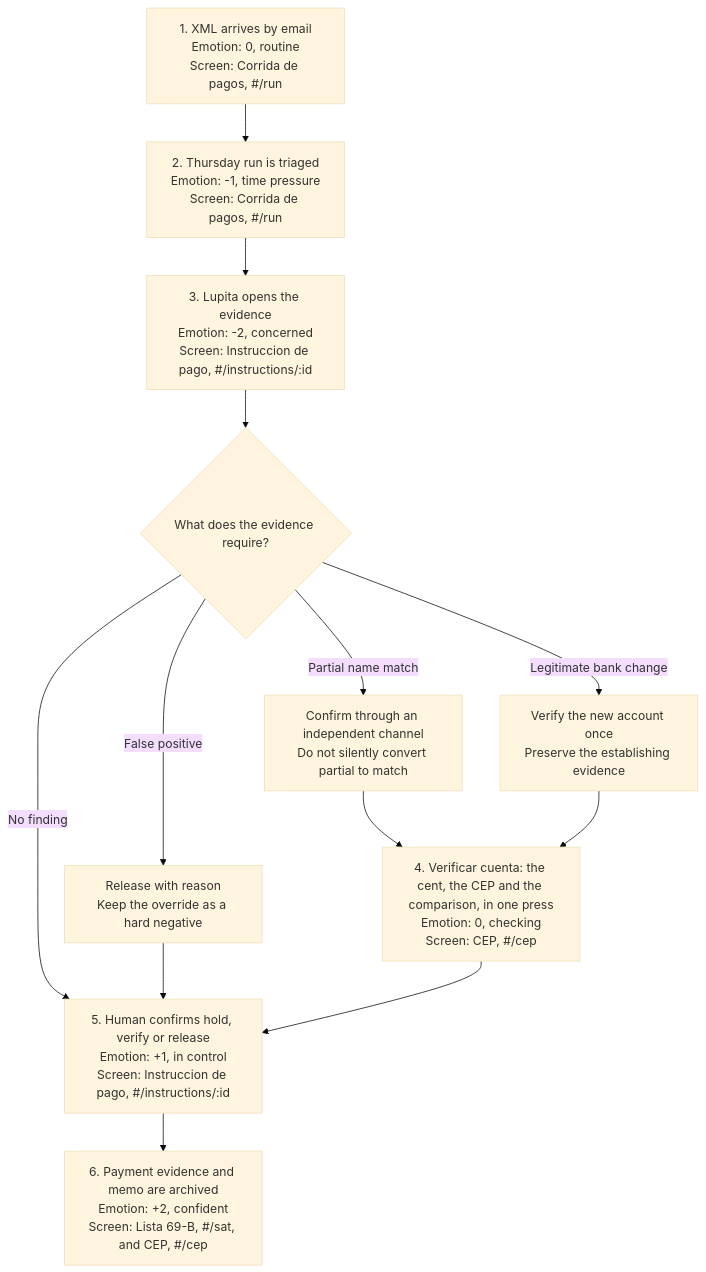
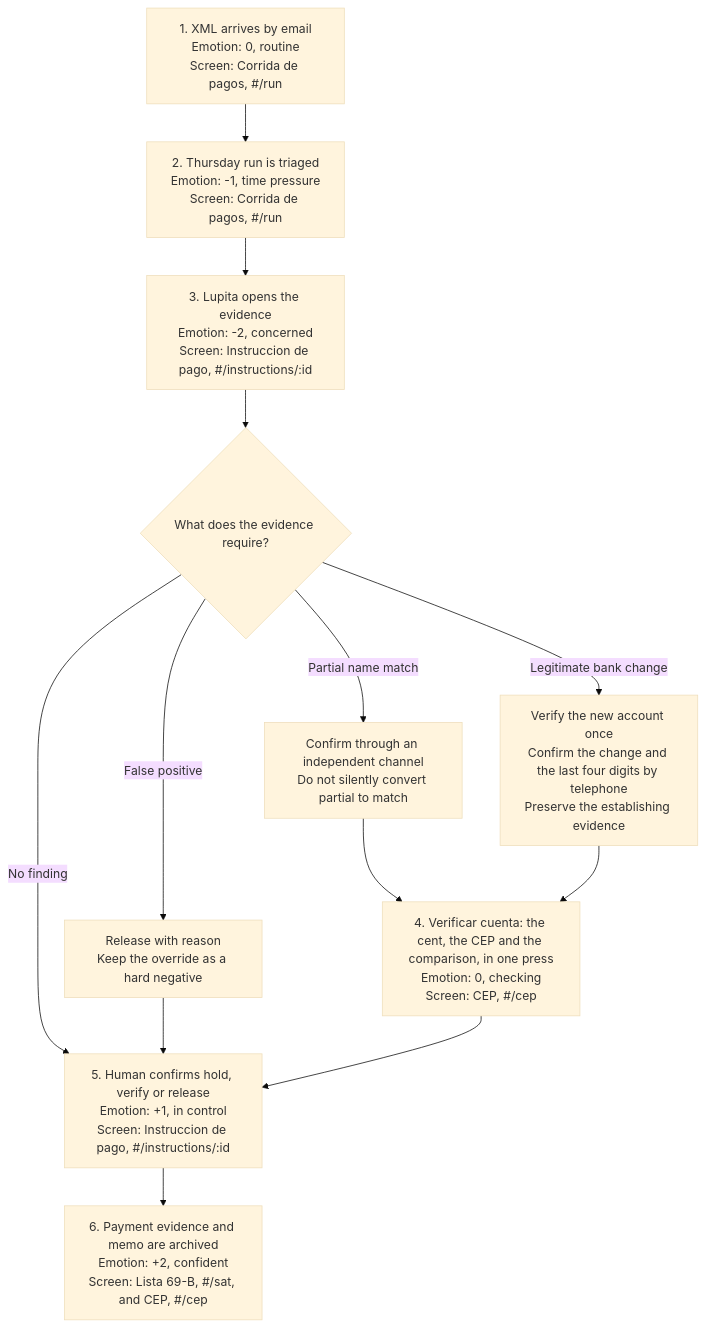
The diagram in docs/03-user-journey.md (garzario/CapitalOneHackMTY), drawn with Mermaid (base theme) before and after one commit. The commit also changed other lines of this file and 17 other files, not shown here.

First line of the commit message:
feat(voice): the call confirms the account change and the last four digits (#206) (#242)

````diff
--- a/docs/03-user-journey.md
+++ b/docs/03-user-journey.md
@@ -12,17 +12,17 @@
 ```mermaid
 flowchart TD
   A["1. XML arrives by email<br/>Emotion: 0, routine<br/>Screen: Corrida de pagos, #/run"]
   B["2. Thursday run is triaged<br/>Emotion: -1, time pressure<br/>Screen: Corrida de pagos, #/run"]
   C["3. Lupita opens the evidence<br/>Emotion: -2, concerned<br/>Screen: Instruccion de pago, #/instructions/:id"]
   D{"What does the evidence require?"}
   E["4. Verificar cuenta: the cent, the CEP and the comparison, in one press<br/>Emotion: 0, checking<br/>Screen: CEP, #/cep"]
   F["5. Human confirms hold, verify or release<br/>Emotion: +1, in control<br/>Screen: Instruccion de pago, #/instructions/:id"]
   G["6. Payment evidence and memo are archived<br/>Emotion: +2, confident<br/>Screen: Lista 69-B, #/sat, and CEP, #/cep"]
 
   A --> B --> C --> D
   D -->|"No finding"| F
   D -->|"False positive"| FP["Release with reason<br/>Keep the override as a hard negative"] --> F
   D -->|"Partial name match"| PM["Confirm through an independent channel<br/>Do not silently convert partial to match"] --> E
-  D -->|"Legitimate bank change"| LC["Verify the new account once<br/>Preserve the establishing evidence"] --> E
+  D -->|"Legitimate bank change"| LC["Verify the new account once<br/>Confirm the change and the last four digits by telephone<br/>Preserve the establishing evidence"] --> E
   E --> F --> G
 ```
````
